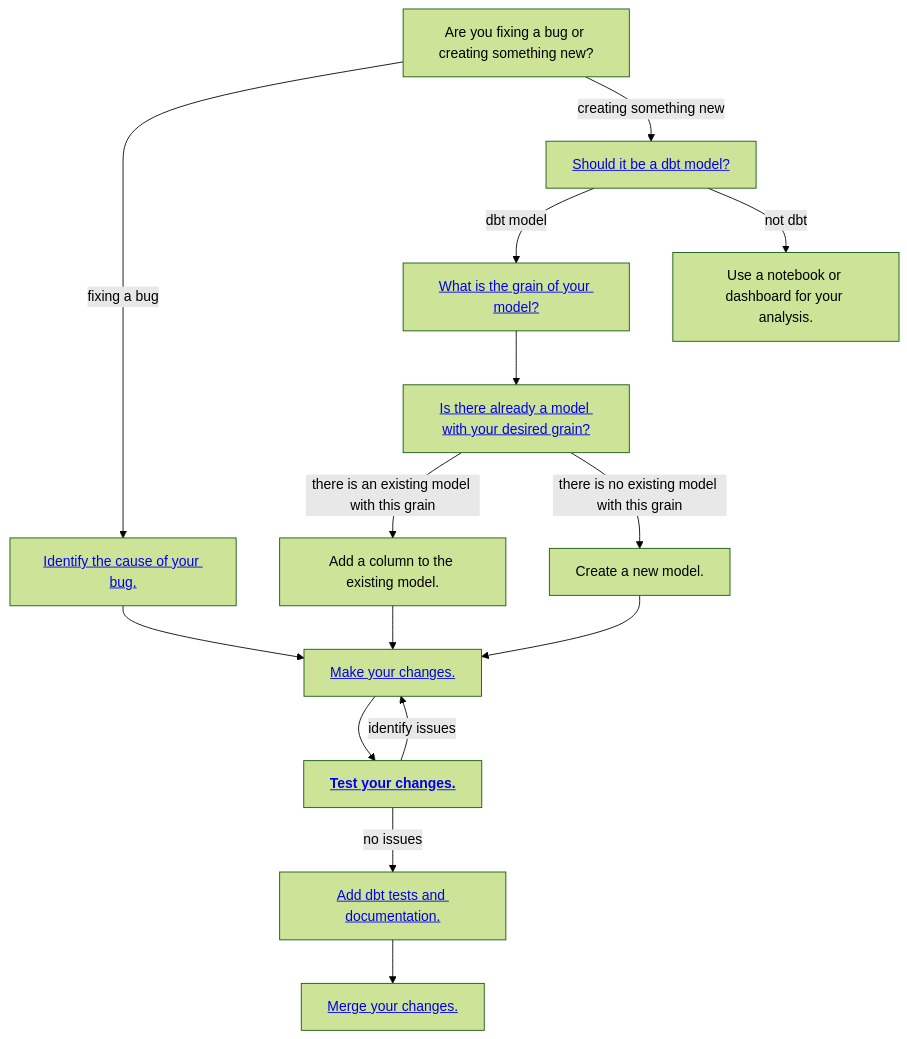
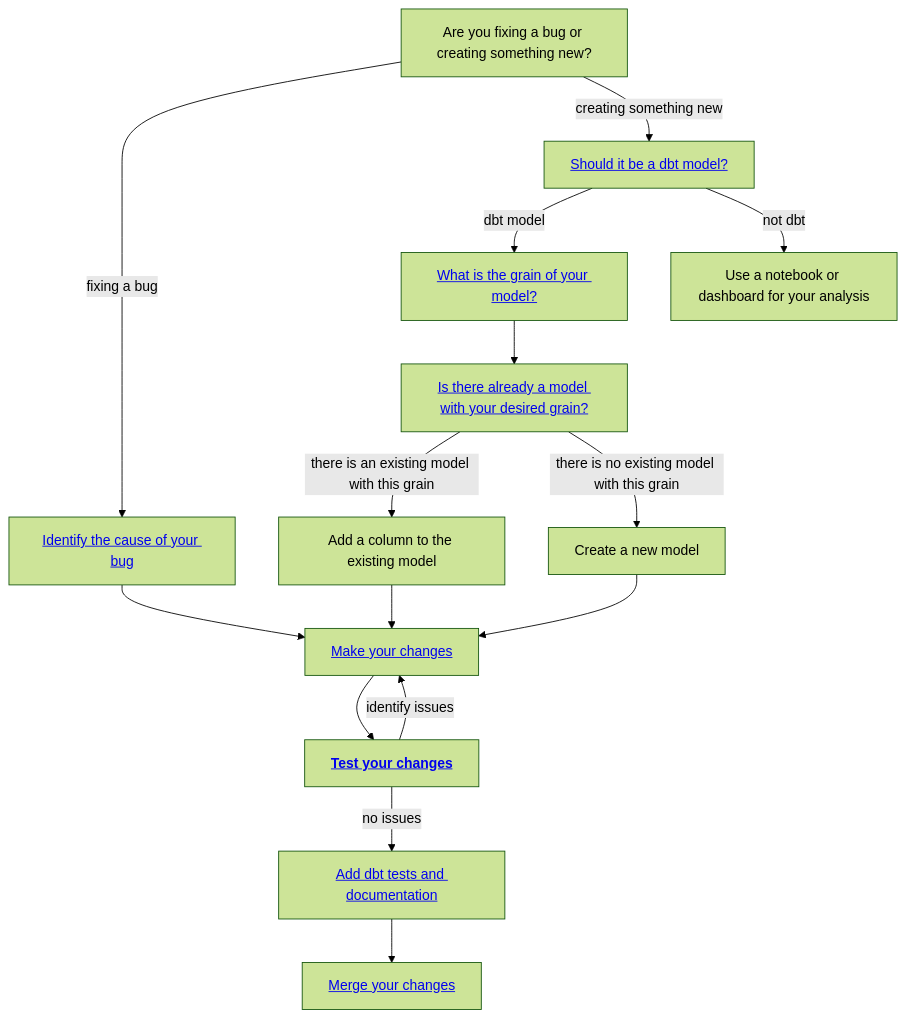
One commit to cal-itp/data-infra changed the diagram in docs/warehouse/developing_dbt_models.md. Above: the diagram before and after it, drawn with Mermaid (forest theme).

Commit message:
Modify punctuation in diagrams

````diff
--- a/docs/warehouse/developing_dbt_models.md
+++ b/docs/warehouse/developing_dbt_models.md
@@ -53,32 +53,32 @@
 ```{mermaid}
 flowchart TD
 
 workflow_type[Are you fixing a bug or creating something new?]
-identify_bug[<a href='developing_dbt_models#identify-bug'>Identify the cause of your bug.</a>]
-change_models[<a href='developing_dbt_models#change-models'>Make your changes.</a>]
+identify_bug[<a href='developing_dbt_models#identify-bug'>Identify the cause of your bug</a>]
+change_models[<a href='developing_dbt_models#change-models'>Make your changes</a>]
 tool_choice[<a href='developing_dbt_models#tool-choice'>Should it be a dbt model?</a>]
-not_dbt[Use a notebook or dashboard for your analysis.]
+not_dbt[Use a notebook or dashboard for your analysis]
 grain[<a href='developing_dbt_models#model-grain'>What is the grain of your model?</a>]
 grain_exists[<a href='developing_dbt_models#grain-exists'>Is there already a model with your desired grain?</a>]
-new_column[Add a column to the existing model.]
-new_model[Create a new model.]
-test_changes[<a href='developing_dbt_models#test-changes'><b>Test your changes.</b></a>]
-new_column[Add a column to the existing model.]
-tests_and_docs[<a href='developing_dbt_models#tests-and-docs'>Add dbt tests and documentation.</a>]
-merge_model_changes[<a href='developing_dbt_models#merge-model-changes'>Merge your changes.</a>]
+new_column[Add a column to the existing model]
+new_model[Create a new model]
+test_changes[<a href='developing_dbt_models#test-changes'><b>Test your changes</b></a>]
+new_column[Add a column to the existing model]
+tests_and_docs[<a href='developing_dbt_models#tests-and-docs'>Add dbt tests and documentation</a>]
+merge_model_changes[<a href='developing_dbt_models#merge-model-changes'>Merge your changes</a>]
 
 workflow_type -- fixing a bug --> identify_bug
 identify_bug --> change_models
 workflow_type -- creating something new --> tool_choice
 tool_choice -- dbt model--> grain
 tool_choice -- not dbt --> not_dbt
 grain --> grain_exists
 grain_exists -- there is an existing model with this grain --> new_column
 grain_exists -- there is no existing model with this grain --> new_model
 new_column --> change_models
 new_model --> change_models
 change_models --> test_changes
 test_changes -- identify issues--> change_models
 test_changes -- no issues --> tests_and_docs
 tests_and_docs --> merge_model_changes
 ```
````
